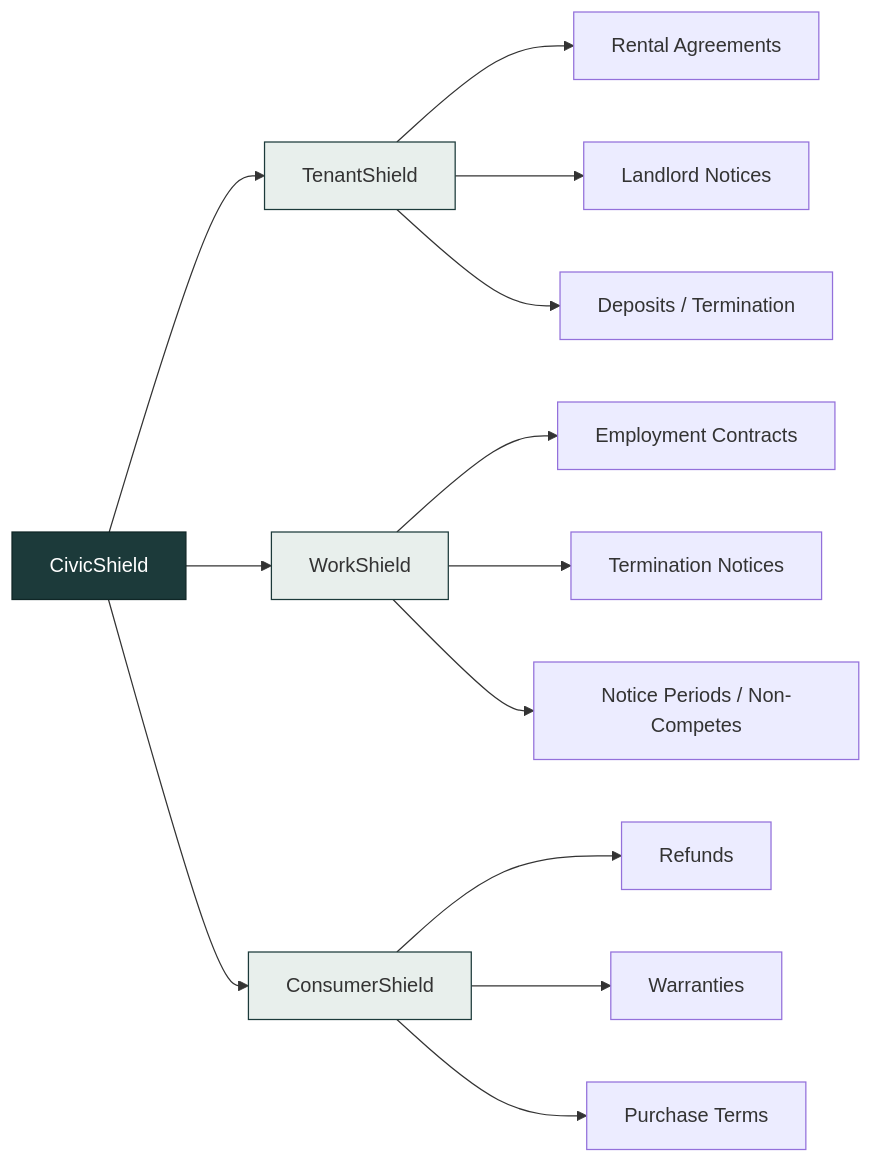
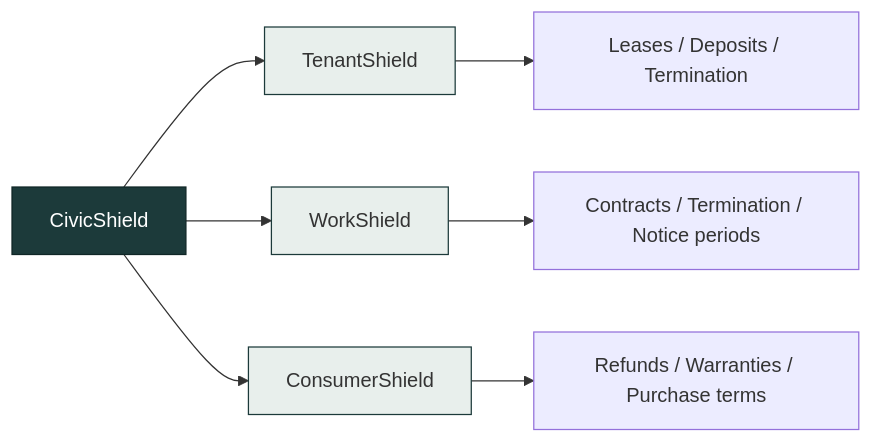
The fourth of 12 diagrams in README.md (KodeMeister-YT/CivicShield), drawn with Mermaid before and after one commit. The commit also changed other lines of this file, not shown here.

Commit message:
docs: trim README prose, keep all diagrams and data

````diff
--- a/README.md
+++ b/README.md
@@ -133,24 +67,11 @@
 ```mermaid
 graph LR
-    CS[CivicShield]
-    CS --> TS[TenantShield]
-    CS --> WS[WorkShield]
-    CS --> CoS[ConsumerShield]
-
-    TS --> TS1[Rental Agreements]
-    TS --> TS2[Landlord Notices]
-    TS --> TS3[Deposits / Termination]
-
-    WS --> WS1[Employment Contracts]
-    WS --> WS2[Termination Notices]
-    WS --> WS3[Notice Periods / Non-Competes]
-
-    CoS --> CoS1[Refunds]
-    CoS --> CoS2[Warranties]
-    CoS --> CoS3[Purchase Terms]
+    CS[CivicShield] --> TS[TenantShield] --> TS1[Leases / Deposits / Termination]
+    CS --> WS[WorkShield] --> WS1[Contracts / Termination / Notice periods]
+    CS --> CoS[ConsumerShield] --> CoS1[Refunds / Warranties / Purchase terms]
 
     style CS fill:#1c3a3a,stroke:#0f2626,color:#fff
     style TS fill:#e8efec,stroke:#1c3a3a
     style WS fill:#e8efec,stroke:#1c3a3a
     style CoS fill:#e8efec,stroke:#1c3a3a
 ```
````
